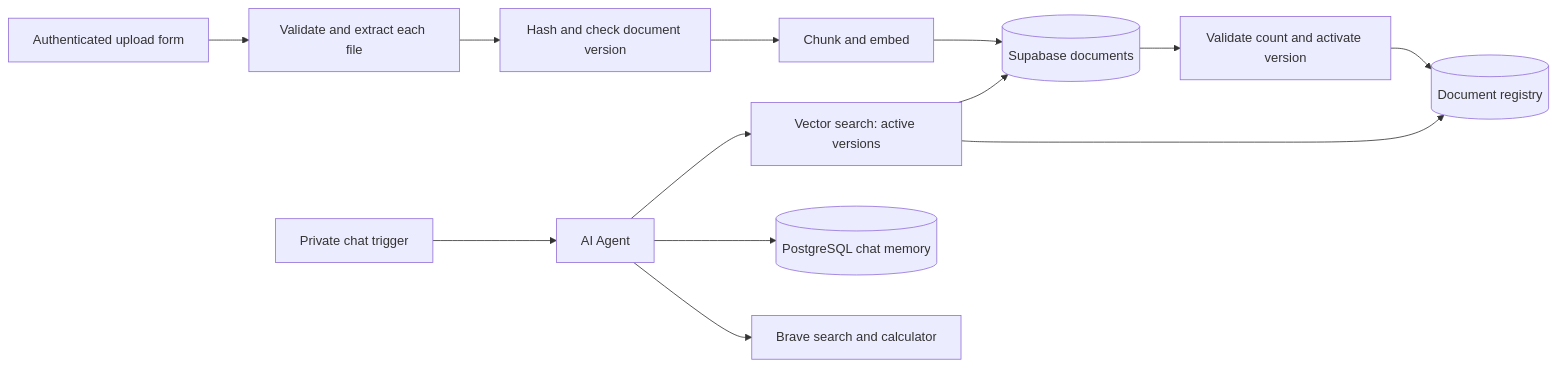
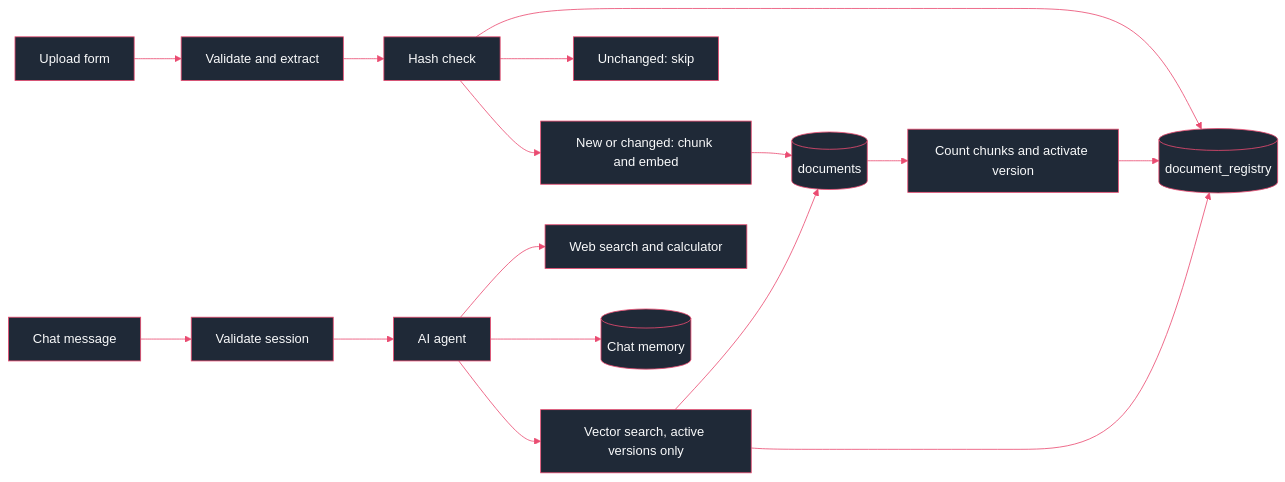
The diagram in README.md (AliyahAlabdali/Daleel), drawn with Mermaid before and after one commit. The commit also changed other lines of this file and 14 other files, not shown here.

````diff
--- a/README.md
+++ b/README.md
@@ -15,15 +63,19 @@
 ```mermaid
+%%{init: {"theme": "base", "themeVariables": {"primaryColor": "#1F2937", "primaryTextColor": "#F9FAFB", "primaryBorderColor": "#EA4B71", "lineColor": "#EA4B71"}}}%%
 flowchart LR
-  Upload[Authenticated upload form] --> Extract[Validate and extract each file]
-  Extract --> Version[Hash and check document version]
-  Version --> Embed[Chunk and embed]
-  Embed --> Stage[(Supabase documents)]
-  Stage --> Activate[Validate count and activate version]
-  Activate --> Registry[(Document registry)]
-  Chat[Private chat trigger] --> Agent[AI Agent]
-  Agent --> Search[Vector search: active versions]
-  Search --> Stage
+  Upload[Upload form] --> Validate[Validate and extract]
+  Validate --> Hash[Hash check]
+  Hash --> Registry[(document_registry)]
+  Hash --> Skip[Unchanged: skip]
+  Hash --> Embed[New or changed: chunk and embed]
+  Embed --> Docs[(documents)]
+  Docs --> Activate[Count chunks and activate version]
+  Activate --> Registry
+  Chat[Chat message] --> Session[Validate session]
+  Session --> Agent[AI agent]
+  Agent --> Tools[Web search and calculator]
+  Agent --> Memory[(Chat memory)]
+  Agent --> Search[Vector search, active versions only]
+  Search --> Docs
   Search --> Registry
-  Agent --> Memory[(PostgreSQL chat memory)]
-  Agent --> Tools[Brave search and calculator]
 ```
````
